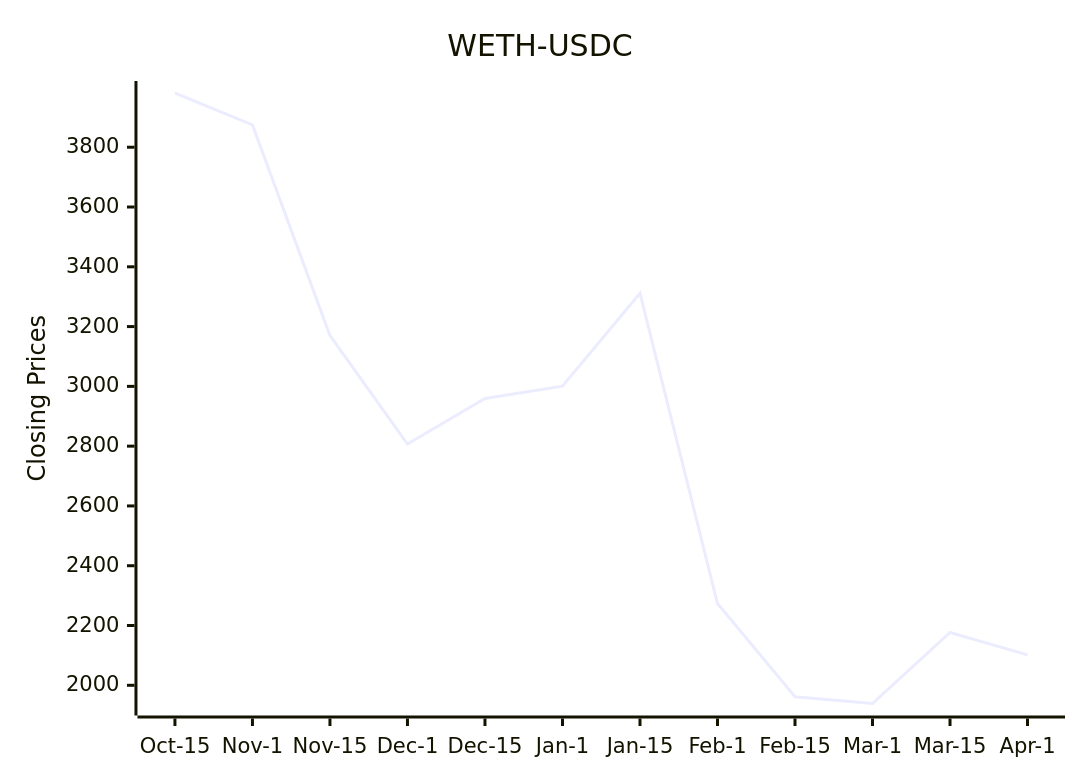
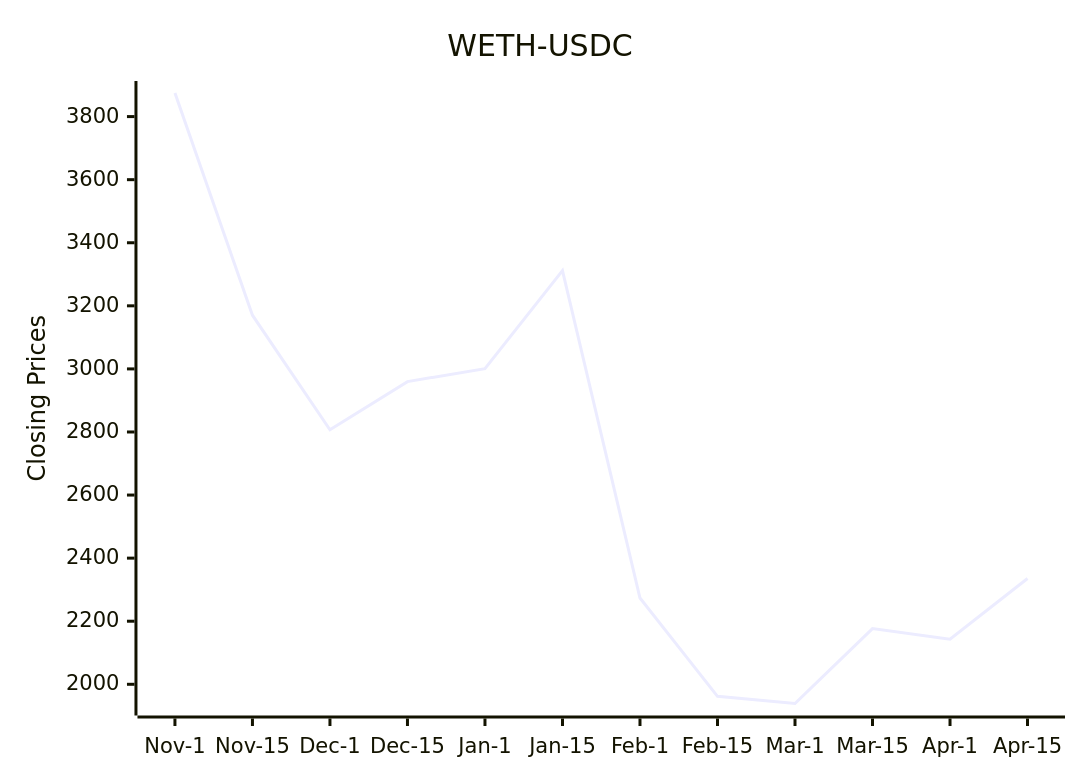
One commit to bicced/ReadmeCryptoPriceChart changed the diagram in README.md. Above: the diagram before and after it, drawn with Mermaid.

Commit message:
Update README with latest DEX data

````diff
--- a/README.md
+++ b/README.md
@@ -6,7 +6,7 @@
 ```mermaid
 xychart-beta
   title "WETH-USDC"
-  x-axis [Oct-15,Nov-1,Nov-15,Dec-1,Dec-15,Jan-1,Jan-15,Feb-1,Feb-15,Mar-1,Mar-15,Apr-1]
-  y-axis "Closing Prices" 1939.10322356354 --> 3981.40087035479
-  line [3981.40087035479,3874.8082284479,3170.25621083736,2806.91719695467,2959.74010356289,3000.67820680034,3311.65440575894,2273.66104115322,1961.76630440433,1939.10322356354,2176.74756246377,2101.70244923534]
+  x-axis [Nov-1,Nov-15,Dec-1,Dec-15,Jan-1,Jan-15,Feb-1,Feb-15,Mar-1,Mar-15,Apr-1,Apr-15]
+  y-axis "Closing Prices" 1939.10322356354 --> 3874.8082284479
+  line [3874.8082284479,3170.25621083736,2806.91719695467,2959.74010356289,3000.67820680034,3311.65440575894,2273.66104115322,1961.76630440433,1939.10322356354,2176.74756246377,2142.76888865301,2335.57979464126]
 ```
````
